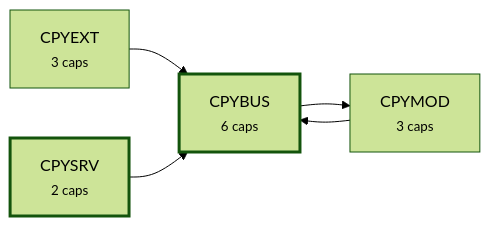
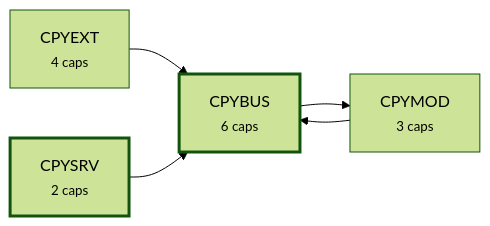
One commit to alxmax/Consilium-py changed the third of 4 diagrams in requirements/_map.md. Above: the diagram before and after it, drawn with Mermaid (forest theme). The commit also changed other lines of this file and 10 other files, not shown here.

````diff
--- a/requirements/_map.md
+++ b/requirements/_map.md
@@ -143,13 +152,13 @@
 ```mermaid
 graph LR
   a_CPYBUS["CPYBUS<br><small>6 caps</small>"]
-  a_CPYEXT["CPYEXT<br><small>3 caps</small>"]
+  a_CPYEXT["CPYEXT<br><small>4 caps</small>"]
   a_CPYMOD["CPYMOD<br><small>3 caps</small>"]
   a_CPYSRV["CPYSRV<br><small>2 caps</small>"]
   a_CPYBUS --> a_CPYMOD
   a_CPYEXT --> a_CPYBUS
   a_CPYMOD --> a_CPYBUS
   a_CPYSRV --> a_CPYBUS
   style a_CPYBUS stroke-width:3px
   style a_CPYSRV stroke-width:3px
 ```
````
